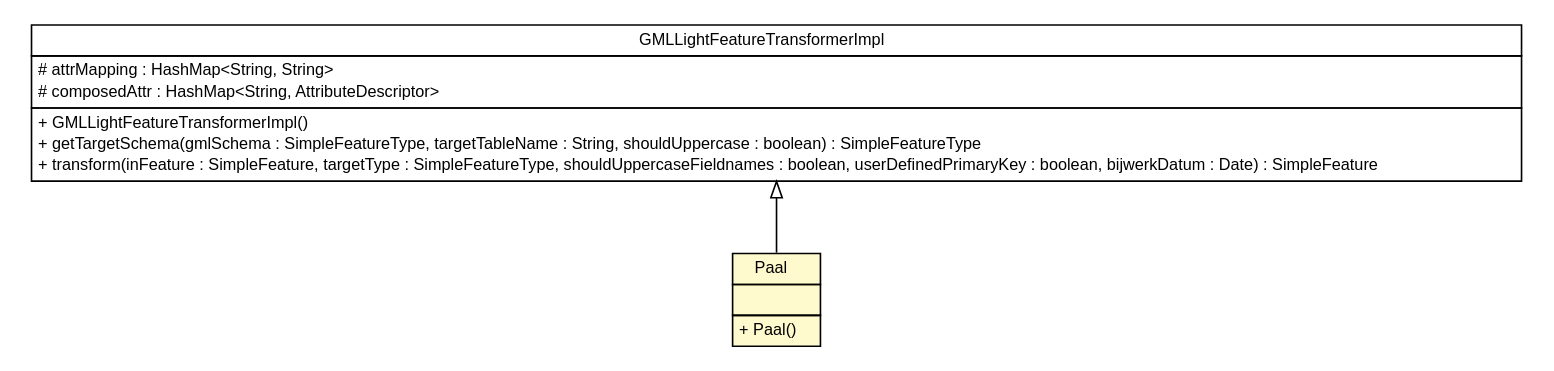
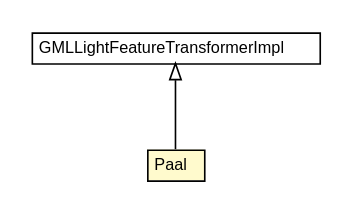
Before and after one commit to B3Partners/brmo: the diagram in bgt-gml-loader/apidocs/nl/b3p/brmo/loader/gml/light/Paal.dot, drawn with Graphviz. The commit also changed 363 other files, not shown here.

```diff
--- a/bgt-gml-loader/apidocs/nl/b3p/brmo/loader/gml/light/Paal.dot
+++ b/bgt-gml-loader/apidocs/nl/b3p/brmo/loader/gml/light/Paal.dot
@@ -1,41 +1,26 @@
 #!/usr/local/bin/dot
 #
 # Class diagram 
 # Generated by UMLGraph version R5_6-24-gf6e263 (http://www.umlgraph.org/)
 #
 
 digraph G {
 	edge [fontname="Helvetica",fontsize=10,labelfontname="Helvetica",labelfontsize=10];
 	node [fontname="Helvetica",fontsize=10,shape=plaintext];
 	nodesep=0.25;
 	ranksep=0.5;
 	// nl.b3p.brmo.loader.gml.light.Paal
-	c1154 [label=<<table title="nl.b3p.brmo.loader.gml.light.Paal" border="0" cellborder="1" cellspacing="0" cellpadding="2" port="p" bgcolor="lemonChiffon" href="./Paal.html">
+	c1136 [label=<<table title="nl.b3p.brmo.loader.gml.light.Paal" border="0" cellborder="1" cellspacing="0" cellpadding="2" port="p" bgcolor="lemonChiffon" href="./Paal.html">
 		<tr><td><table border="0" cellspacing="0" cellpadding="1">
 <tr><td align="center" balign="center"> Paal </td></tr>
 		</table></td></tr>
-		<tr><td><table border="0" cellspacing="0" cellpadding="1">
-<tr><td align="left" balign="left">  </td></tr>
-		</table></td></tr>
-		<tr><td><table border="0" cellspacing="0" cellpadding="1">
-<tr><td align="left" balign="left"> + Paal() </td></tr>
-		</table></td></tr>
 		</table>>, URL="./Paal.html", fontname="Helvetica", fontcolor="black", fontsize=10.0];
 	// nl.b3p.brmo.loader.gml.light.GMLLightFeatureTransformerImpl
-	c1187 [label=<<table title="nl.b3p.brmo.loader.gml.light.GMLLightFeatureTransformerImpl" border="0" cellborder="1" cellspacing="0" cellpadding="2" port="p" href="./GMLLightFeatureTransformerImpl.html">
+	c1169 [label=<<table title="nl.b3p.brmo.loader.gml.light.GMLLightFeatureTransformerImpl" border="0" cellborder="1" cellspacing="0" cellpadding="2" port="p" href="./GMLLightFeatureTransformerImpl.html">
 		<tr><td><table border="0" cellspacing="0" cellpadding="1">
 <tr><td align="center" balign="center"> GMLLightFeatureTransformerImpl </td></tr>
 		</table></td></tr>
-		<tr><td><table border="0" cellspacing="0" cellpadding="1">
-<tr><td align="left" balign="left"> # attrMapping : HashMap&lt;String, String&gt; </td></tr>
-<tr><td align="left" balign="left"> # composedAttr : HashMap&lt;String, AttributeDescriptor&gt; </td></tr>
-		</table></td></tr>
-		<tr><td><table border="0" cellspacing="0" cellpadding="1">
-<tr><td align="left" balign="left"> + GMLLightFeatureTransformerImpl() </td></tr>
-<tr><td align="left" balign="left"> + getTargetSchema(gmlSchema : SimpleFeatureType, targetTableName : String, shouldUppercase : boolean) : SimpleFeatureType </td></tr>
-<tr><td align="left" balign="left"> + transform(inFeature : SimpleFeature, targetType : SimpleFeatureType, shouldUppercaseFieldnames : boolean, userDefinedPrimaryKey : boolean, bijwerkDatum : Date) : SimpleFeature </td></tr>
-		</table></td></tr>
 		</table>>, URL="./GMLLightFeatureTransformerImpl.html", fontname="Helvetica", fontcolor="black", fontsize=10.0];
 	//nl.b3p.brmo.loader.gml.light.Paal extends nl.b3p.brmo.loader.gml.light.GMLLightFeatureTransformerImpl
-	c1187:p -> c1154:p [dir=back,arrowtail=empty];
+	c1169:p -> c1136:p [dir=back,arrowtail=empty];
 }
```
